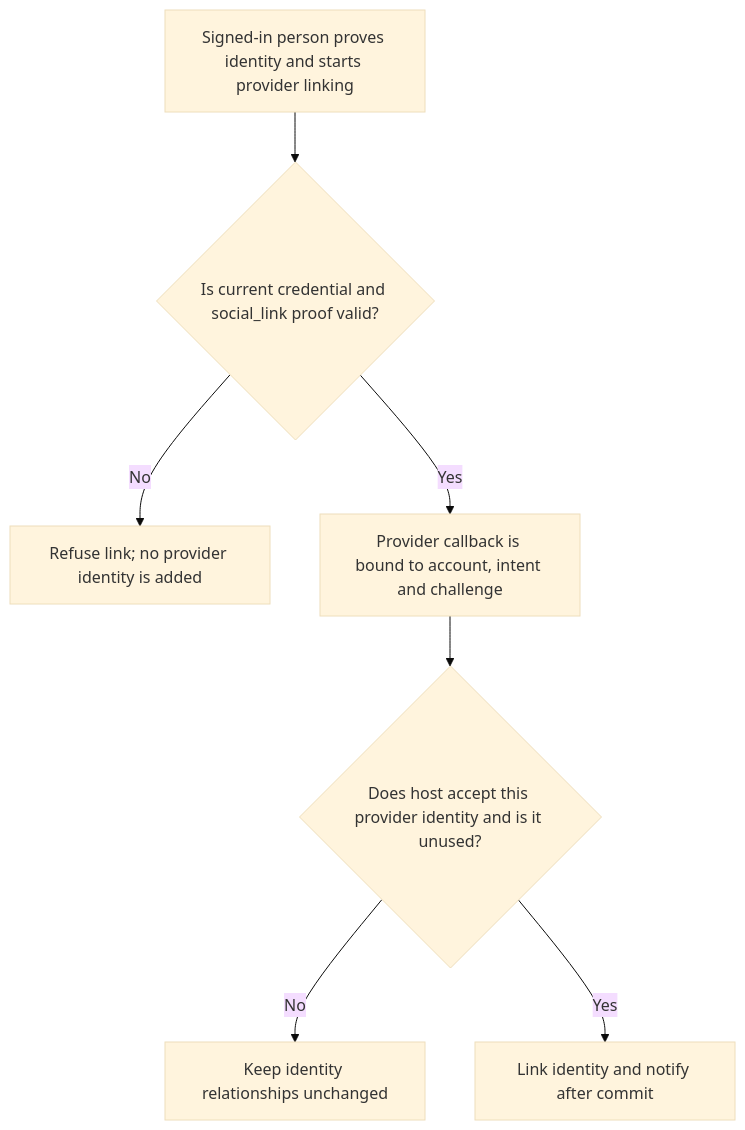
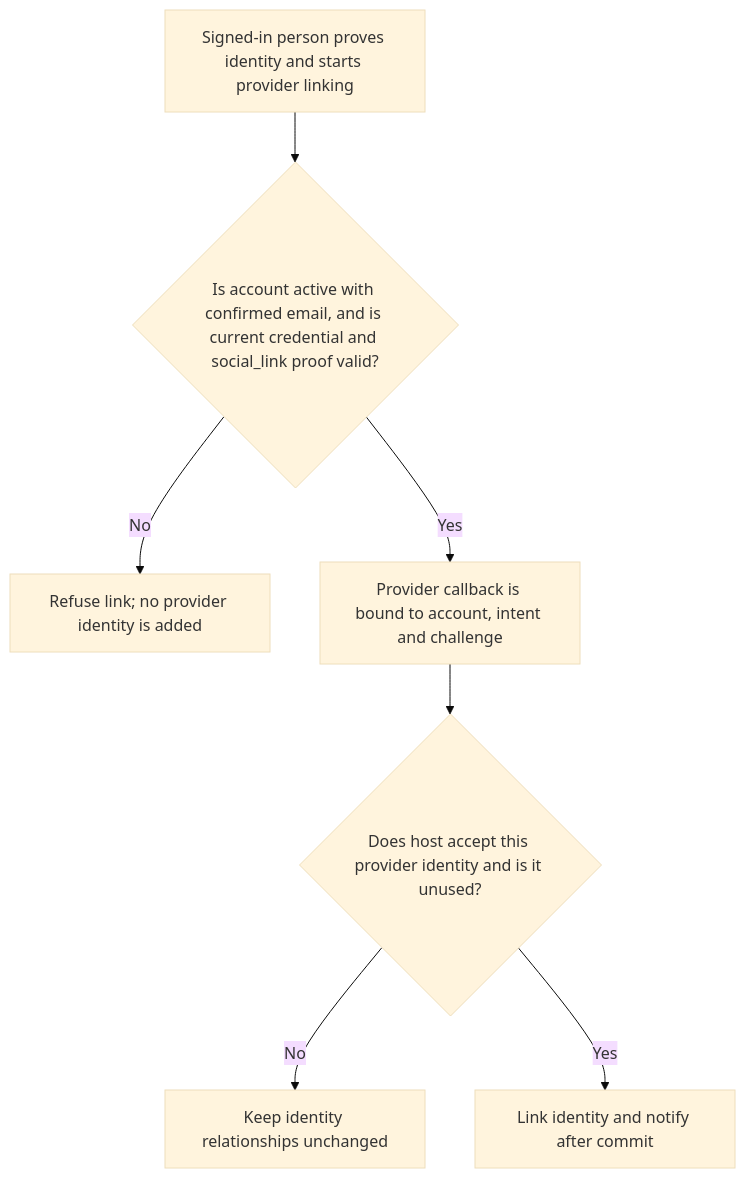
Before and after one commit to Kevinjohn/oss-adonisjs-account-kit: the first of 2 diagrams in user-stories/US-ACCOUNT-21-link-social-identity.md, drawn with Mermaid (base theme). The commit also changed other lines of this file and 17 other files, not shown here.

````diff
--- a/user-stories/US-ACCOUNT-21-link-social-identity.md
+++ b/user-stories/US-ACCOUNT-21-link-social-identity.md
@@ -18,9 +18,9 @@
 ```mermaid
 flowchart TD
- A["Signed-in person proves identity and starts provider linking"] --> B{"Is current credential and social_link proof valid?"}
+ A["Signed-in person proves identity and starts provider linking"] --> B{"Is account active with confirmed email, and is current credential and social_link proof valid?"}
  B -->|No| C["Refuse link; no provider identity is added"]
  B -->|Yes| D["Provider callback is bound to account, intent and challenge"]
  D --> E{"Does host accept this provider identity and is it unused?"}
  E -->|No| F["Keep identity relationships unchanged"]
  E -->|Yes| G["Link identity and notify after commit"]
 ```
````
